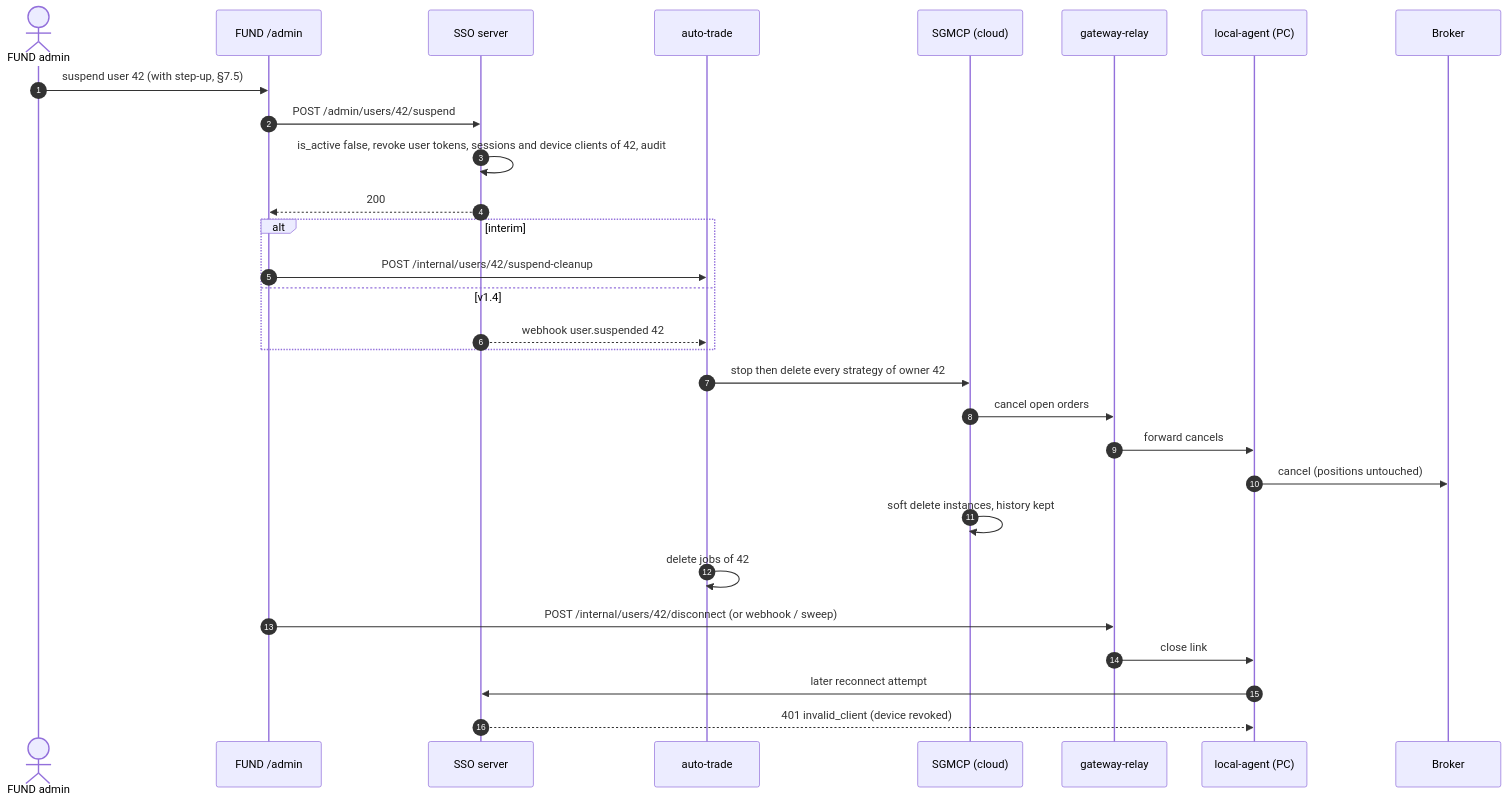
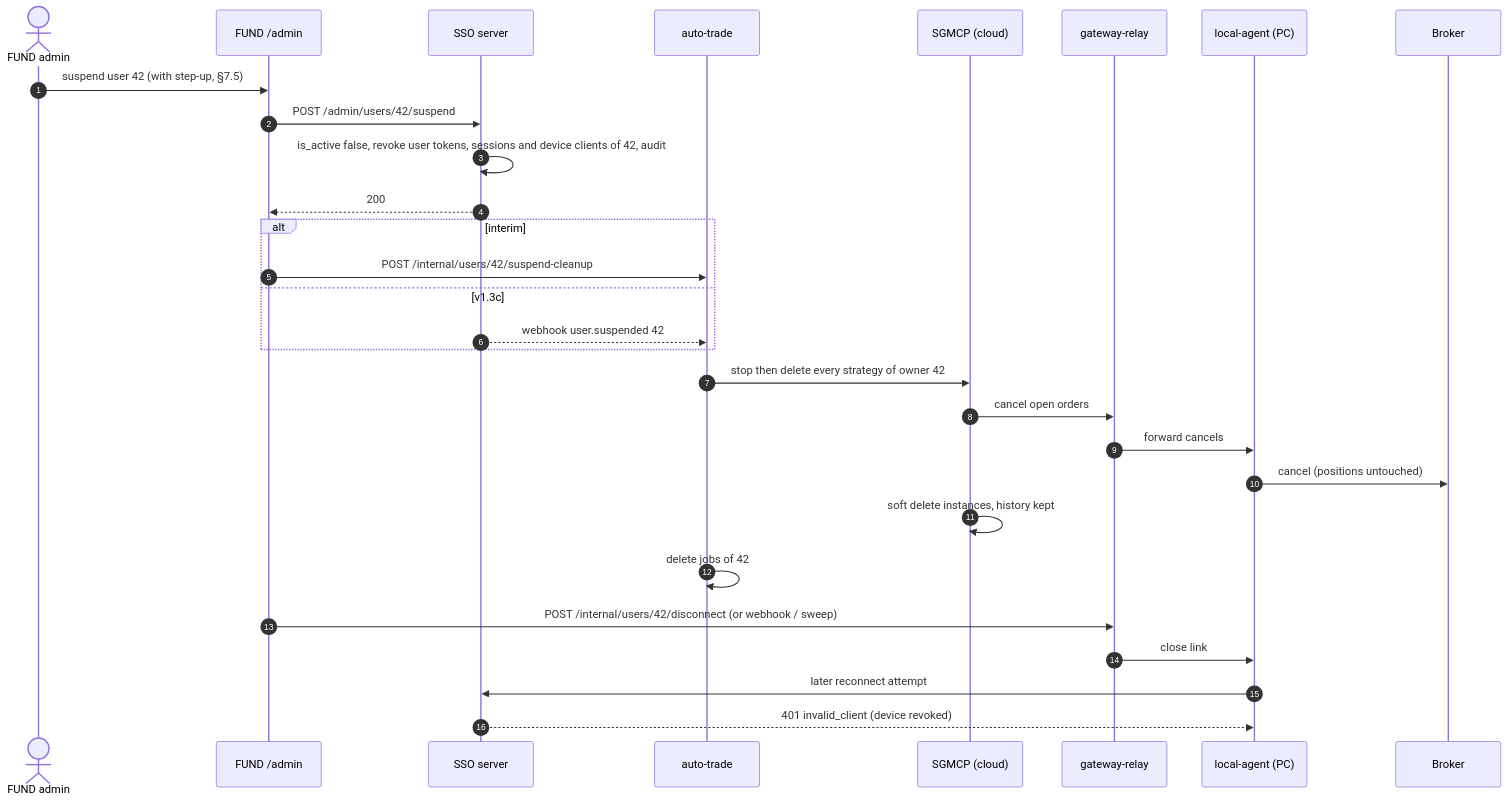
Diagram 11 of 17 in docs/ECOSYSTEM-INTEGRATION.md (Neural-Matrix-LLC/SSO-server), drawn with Mermaid before and after one commit. The commit also changed other lines of this file and 8 other files, not shown here.

````diff
--- a/docs/ECOSYSTEM-INTEGRATION.md
+++ b/docs/ECOSYSTEM-INTEGRATION.md
@@ -571,31 +571,31 @@
 ```mermaid
 sequenceDiagram
   autonumber
   actor A as FUND admin
   participant UI as FUND /admin
   participant SSO as SSO server
   participant AT as auto-trade
   participant SG as SGMCP (cloud)
   participant RL as gateway-relay
   participant LA as local-agent (PC)
   participant BR as Broker
   A->>UI: suspend user 42 (with step-up, §7.5)
   UI->>SSO: POST /admin/users/42/suspend
   SSO->>SSO: is_active false, revoke user tokens, sessions and device clients of 42, audit
   SSO-->>UI: 200
   alt interim
     UI->>AT: POST /internal/users/42/suspend-cleanup
-  else v1.4
+  else v1.3c
     SSO-->>AT: webhook user.suspended 42
   end
   AT->>SG: stop then delete every strategy of owner 42
   SG->>RL: cancel open orders
   RL->>LA: forward cancels
   LA->>BR: cancel (positions untouched)
   SG->>SG: soft delete instances, history kept
   AT->>AT: delete jobs of 42
   UI->>RL: POST /internal/users/42/disconnect (or webhook / sweep)
   RL->>LA: close link
   LA->>SSO: later reconnect attempt
   SSO-->>LA: 401 invalid_client (device revoked)
 ```
````
